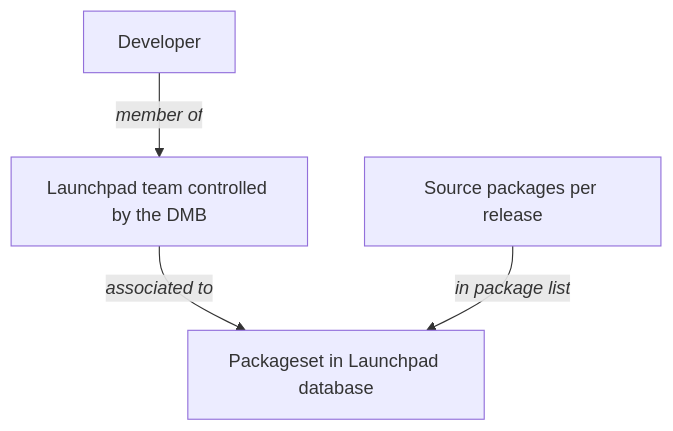
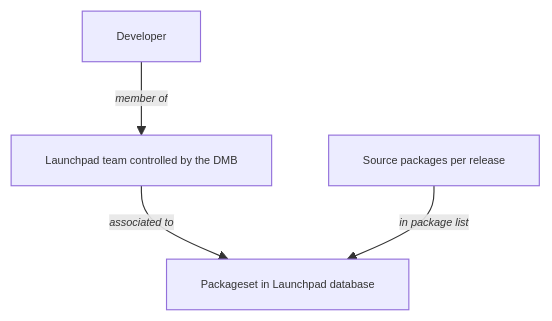
One commit to ubuntu/ubuntu-project-docs changed the diagram in docs/who-makes-ubuntu/councils/dmb-manage-packagesets.md. Above: the diagram before and after it, drawn with Mermaid. The commit also changed 17 other files, not shown here.

Commit message:
fix: remove hard-coded colors from mermaid diagrams for dark mode readability (fixes #694)

````diff
--- a/docs/who-makes-ubuntu/councils/dmb-manage-packagesets.md
+++ b/docs/who-makes-ubuntu/councils/dmb-manage-packagesets.md
@@ -34,14 +34,18 @@
 ```{mermaid}
 %% mermaid flowcharts documentation: https://mermaid.js.org/syntax/flowchart.html
+   %%{init: {'themeVariables': {
+                'fontSize': '0.6em',
+                'fontFamily': 'Ubuntu'}}}%%
+
 flowchart TD
     %% Entities
     Developers["Developer"]
     LPPersona["Launchpad team controlled by the DMB"]
     PackageSet["Packageset in Launchpad database"]
     Packages["Source packages per release"]
 
     %% Transitions
     Developers -->|"<i>member of</i>"| LPPersona
     LPPersona -->|"<i>associated to</i>"| PackageSet
     Packages -->|"<i>in package list</i>"| PackageSet
 ```
````
